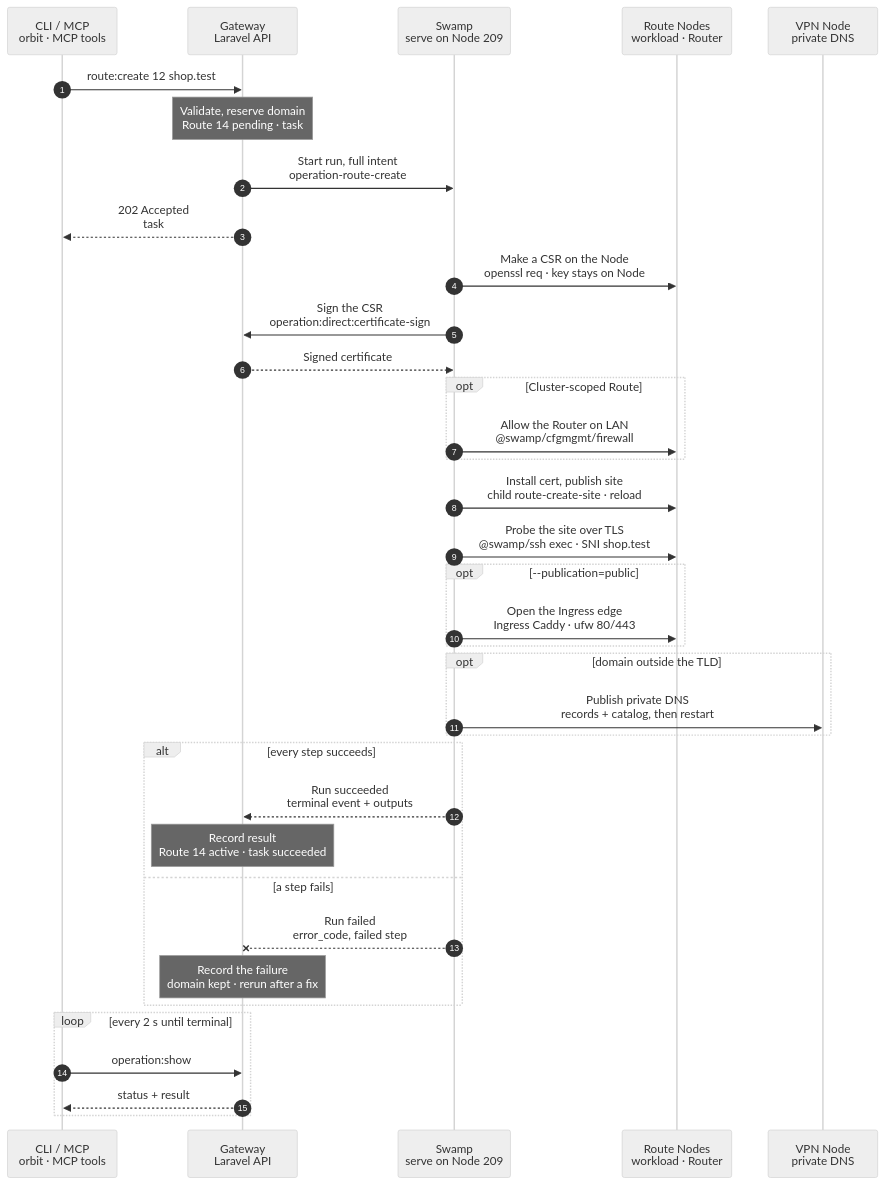
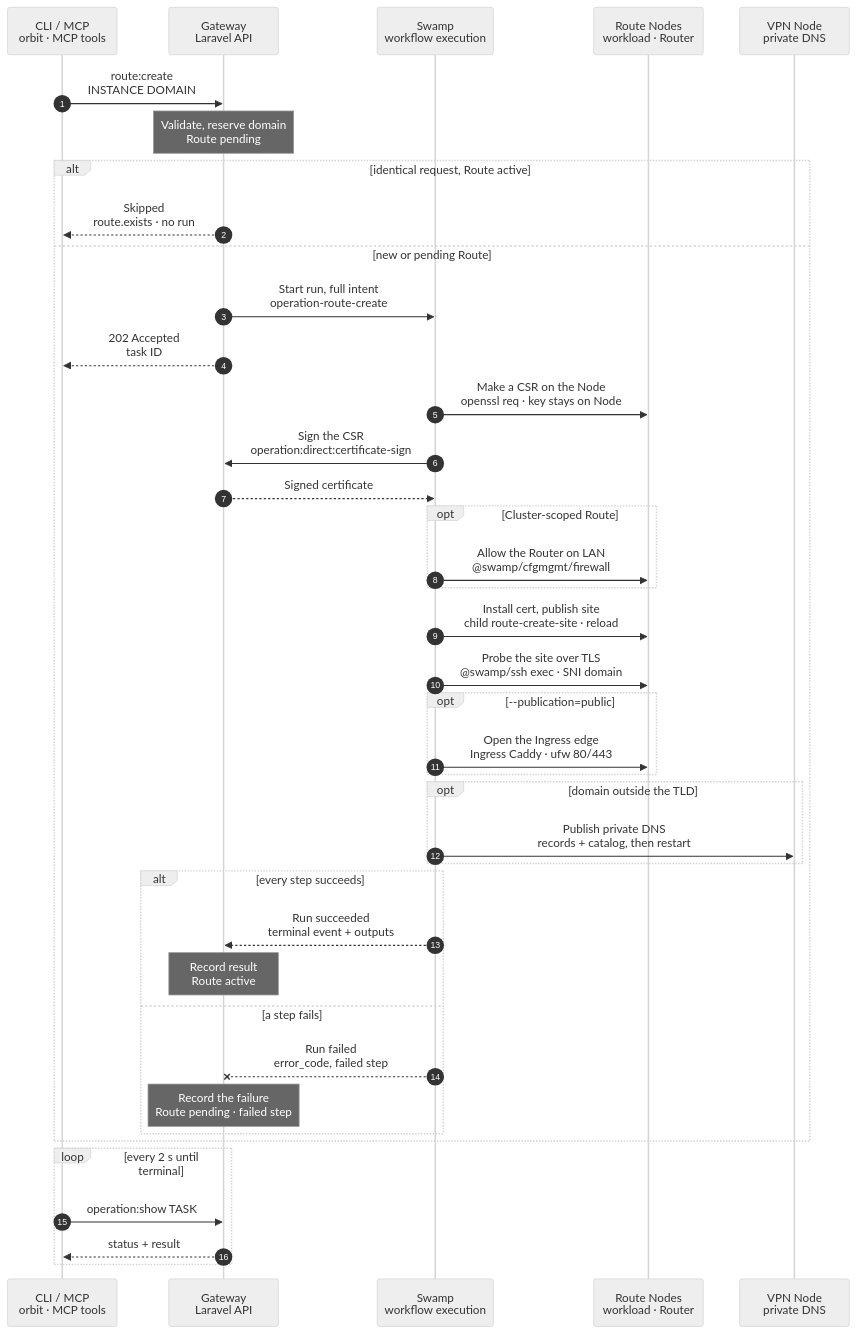
Before and after one commit to hardimpactdev/orbit: the diagram in docs/cli/route/create.mmd, drawn with Mermaid (neutral theme). The commit also changed 3 other files, not shown here.

Commit message:
docs(route): route:create is ready (chart, page, cases)

```diff
--- a/docs/cli/route/create.mmd
+++ b/docs/cli/route/create.mmd
@@ -1,53 +1,60 @@
 sequenceDiagram
-  %% Target design: Nick 2026-11-03, single-swamp-node, rules 14-25.
-  %% status: draft
+  %% Target design: ADR 0244 task, one Swamp run, certificate signing is the one step-to-Gateway call. docs/reference/routes.md#create-and-change-targets.
+  %% status: reviewed
   %% command: route:create
   %% kind: route.create
   autonumber
   %% lane CLI icon=terminal pill=caller tone=gray
   %% lane GW icon=gateway pill=intent tone=blue
   %% lane SW icon=workflow pill=executes tone=green
   %% lane N icon=server pill=target tone=amber
   %% lane V icon=server pill=target tone=purple
   participant CLI as CLI / MCP<br/>orbit · MCP tools
   participant GW as Gateway<br/>Laravel API
-  participant SW as Swamp<br/>serve on Node 209
+  participant SW as Swamp<br/>workflow execution
   participant N as Route Nodes<br/>workload · Router
   participant V as VPN Node<br/>private DNS
-  CLI->>GW: route:create 12 shop.test
-  Note over GW: Validate, reserve domain<br/>Route 14 pending · task #5120
-  GW->>SW: Start run, full intent<br/>operation-route-create
-  GW-->>CLI: 202 Accepted<br/>task #5120
-  SW->>N: Make a CSR on the Node<br/>openssl req · key stays on Node
-  SW->>GW: Sign the CSR<br/>operation:direct:certificate-sign
-  %%> The Orbit CA key stays in the Gateway.
-  GW-->>SW: Signed certificate
-  opt Cluster-scoped Route
-    SW->>N: Allow the Router on LAN<br/>@swamp/cfgmgmt/firewall
-    %%> The Router reaches workloads over LAN; there is no WireGuard fallback.
-  end
-  SW->>N: Install cert, publish site<br/>child route-create-site · reload
-  %%> A validation error stops the reload; the written candidate stays for convergence.
-  SW->>N: Probe the site over TLS<br/>@swamp/ssh exec · SNI shop.test
-  %%> Runs from 209; an HTTP 500 does not fail the TLS check.
-  opt --publication=public
-    SW->>N: Open the Ingress edge<br/>Ingress Caddy · ufw 80/443
-    %%> Public DNS is operator-managed. Caddy retries Let's Encrypt by itself.
-  end
-  opt domain outside the TLD
-    SW->>V: Publish private DNS<br/>records + catalog, then restart
-    %%> DNS goes last. Inside the TLD, private DNS already answers the whole zone.
-    %%> dnsmasq reads records only at startup.
-  end
-  alt every step succeeds
-    SW-->>GW: Run succeeded<br/>terminal event + outputs
-    Note over GW: Record result<br/>Route 14 active · task succeeded
-  else a step fails
-    SW--xGW: Run failed<br/>error_code, failed step
-    Note over GW: Record the failure<br/>domain kept · rerun after a fix
-    %%> There is no rollback. Rerun to converge, or route:destroy to remove what was added.
+  CLI->>GW: route:create<br/>INSTANCE DOMAIN
+  Note over GW: Validate, reserve domain<br/>Route pending
+  alt identical request, Route active
+    GW-->>CLI: Skipped<br/>route.exists · no run
+    %%> Result:
+    %%> - the command succeeds and changes nothing; a different request for the domain is refused with `route.retry_conflict`
+  else new or pending Route
+    GW->>SW: Start run, full intent<br/>operation-route-create
+    GW-->>CLI: 202 Accepted<br/>task ID
+    SW->>N: Make a CSR on the Node<br/>openssl req · key stays on Node
+    SW->>GW: Sign the CSR<br/>operation:direct:certificate-sign
+    %%> Why a call to the Gateway:
+    %%> - certificate signing is the one allowed step-to-Gateway call; the Orbit CA stays in the Gateway
+    GW-->>SW: Signed certificate
+    opt Cluster-scoped Route
+      SW->>N: Allow the Router on LAN<br/>@swamp/cfgmgmt/firewall
+    end
+    SW->>N: Install cert, publish site<br/>child route-create-site · reload
+    SW->>N: Probe the site over TLS<br/>@swamp/ssh exec · SNI domain
+    %%> Why:
+    %%> - the probe checks the hostname and the trusted chain; it does not need a successful application HTTP response
+    opt --publication=public
+      SW->>N: Open the Ingress edge<br/>Ingress Caddy · ufw 80/443
+    end
+    opt domain outside the TLD
+      SW->>V: Publish private DNS<br/>records + catalog, then restart
+    end
+    alt every step succeeds
+      SW-->>GW: Run succeeded<br/>terminal event + outputs
+      Note over GW: Record result<br/>Route active
+    else a step fails
+      SW--xGW: Run failed<br/>error_code, failed step
+      Note over GW: Record the failure<br/>Route pending · failed step
+      %%> On the Nodes:
+      %%> - a failed validation leaves the candidate Caddyfile and stops the reload; other changes stay; there is no rollback
+      %%> Retry:
+      %%> - fix the cause and run the same command again; it resumes the pending Route
+      %%> - `route:destroy` removes the Route and its files
+    end
   end
   loop every 2 s until terminal
-    CLI->>GW: operation:show #5120
+    CLI->>GW: operation:show TASK
     GW-->>CLI: status + result
   end
```
